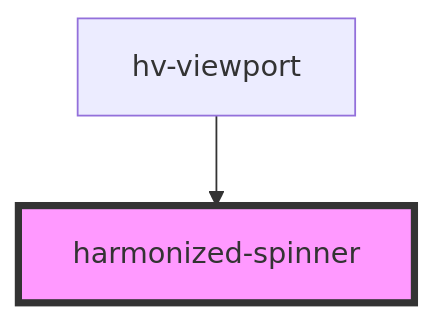
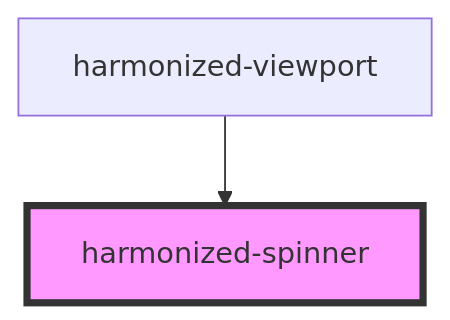
One commit to bac-lac/lac-harmonized-viewer changed the diagram in src/components/spinner/readme.md. Above: the diagram before and after it, drawn with Mermaid. The commit also changed other lines of this file and 19 other files, not shown here.

````diff
--- a/src/components/spinner/readme.md
+++ b/src/components/spinner/readme.md
@@ -15,5 +15,5 @@
 ```mermaid
 graph TD;
-  hv-viewport --> harmonized-spinner
+  harmonized-viewport --> harmonized-spinner
   style harmonized-spinner fill:#f9f,stroke:#333,stroke-width:4px
 ```
````
